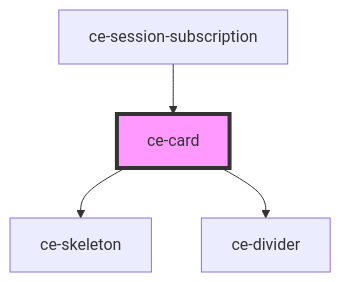
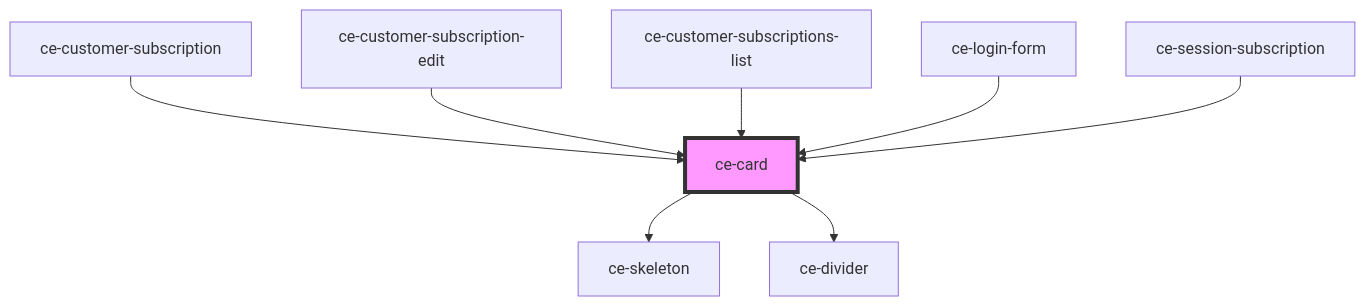
One commit to surecart/surecart-wp-plugin changed the diagram in packages/components/src/components/ui/card/readme.md. Above: the diagram before and after it, drawn with Mermaid. The commit also changed other lines of this file and 41 other files, not shown here.

````diff
--- a/packages/components/src/components/ui/card/readme.md
+++ b/packages/components/src/components/ui/card/readme.md
@@ -36,7 +40,11 @@
 ```mermaid
 graph TD;
   ce-card --> ce-skeleton
   ce-card --> ce-divider
+  ce-customer-subscription --> ce-card
+  ce-customer-subscription-edit --> ce-card
+  ce-customer-subscriptions-list --> ce-card
+  ce-login-form --> ce-card
   ce-session-subscription --> ce-card
   style ce-card fill:#f9f,stroke:#333,stroke-width:4px
 ```
````
